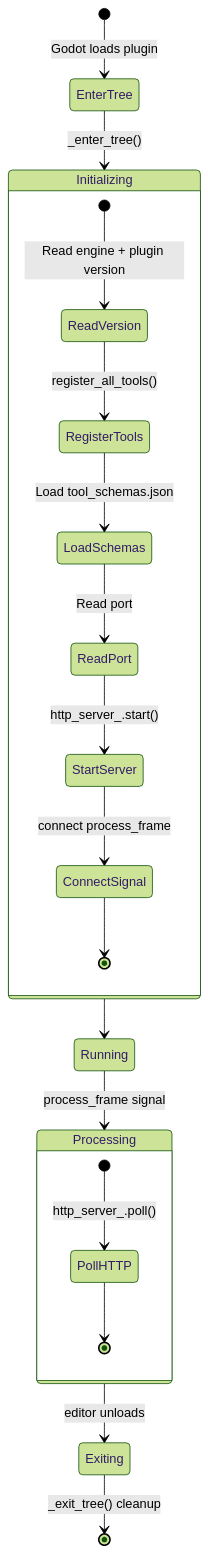
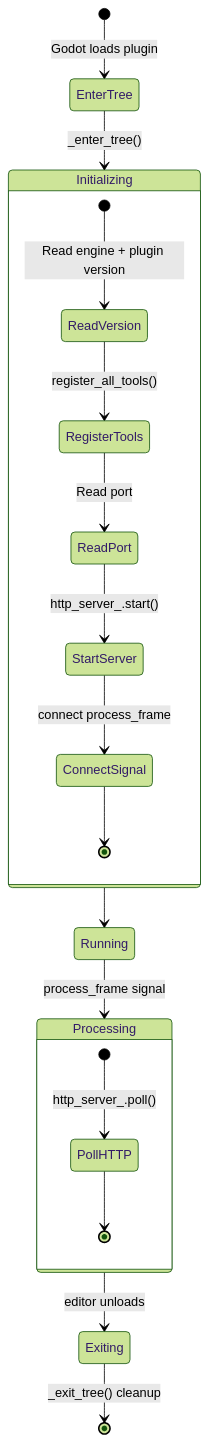
One commit to jesspig/GodotMCP-GDExtension changed the third of 4 diagrams in docs/en/guide/architecture.md. Above: the diagram before and after it, drawn with Mermaid (forest theme). The commit also changed 4 other files, not shown here.

First line of the commit message:
docs: 清理 tool_schemas.json 遗留引用

````diff
--- a/docs/en/guide/architecture.md
+++ b/docs/en/guide/architecture.md
@@ -74,26 +74,25 @@
 ```mermaid
 stateDiagram-v2
     [*] --> EnterTree: Godot loads plugin
     EnterTree --> Initializing: _enter_tree()
     
     state Initializing {
         [*] --> ReadVersion: Read engine + plugin version
         ReadVersion --> RegisterTools: register_all_tools()
-        RegisterTools --> LoadSchemas: Load tool_schemas.json
-        LoadSchemas --> ReadPort: Read port
+        RegisterTools --> ReadPort: Read port
         ReadPort --> StartServer: http_server_.start()
         StartServer --> ConnectSignal: connect process_frame
         ConnectSignal --> [*]
     }
     
     Initializing --> Running
     Running --> Processing: process_frame signal
     
     state Processing {
         [*] --> PollHTTP: http_server_.poll()
         PollHTTP --> [*]
     }
     
     Processing --> Exiting: editor unloads
     Exiting --> [*]: _exit_tree() cleanup
 ```
````
